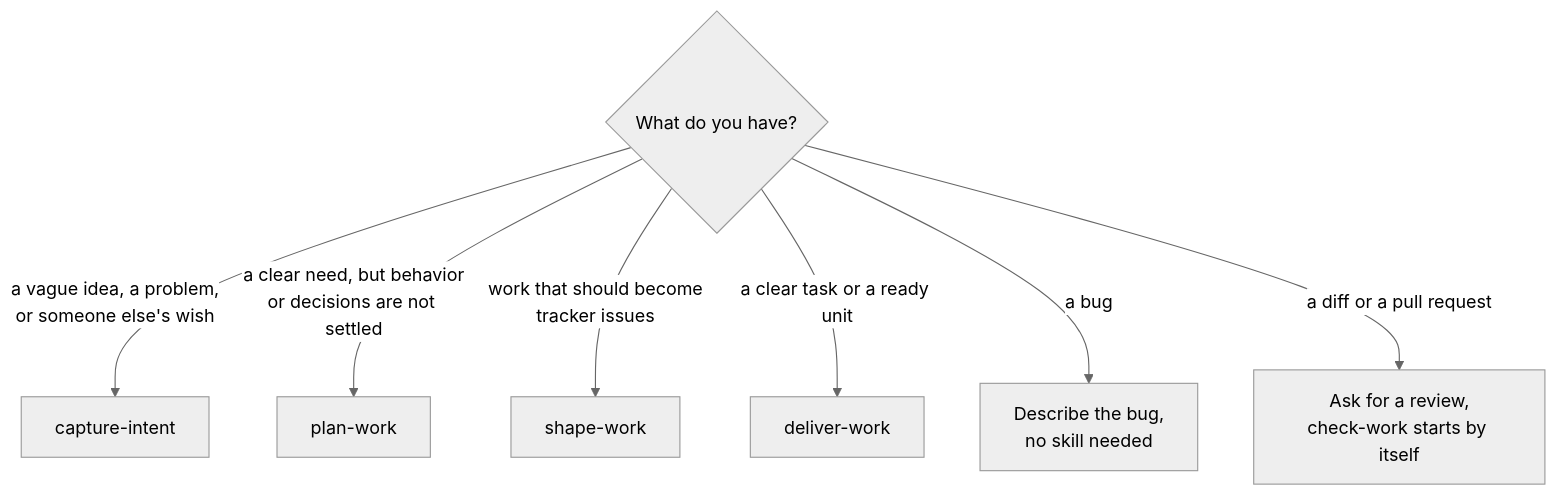
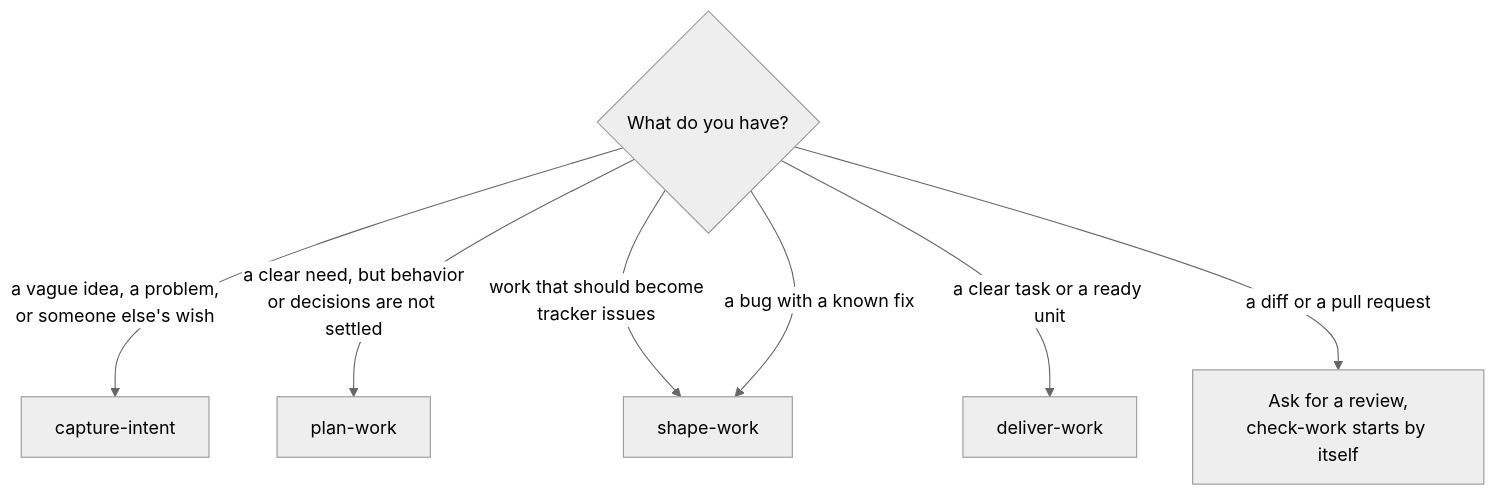
Before and after one commit to sockulags/agent-os: the diagram in docs-site/guide/where-to-start.md, drawn with Mermaid (neutral theme). The commit also changed other lines of this file and 26 other files, not shown here.

````diff
--- a/docs-site/guide/where-to-start.md
+++ b/docs-site/guide/where-to-start.md
@@ -13,9 +13,9 @@
 ```mermaid
 flowchart TD
     A{"What do you have?"} -->|"a vague idea, a problem,<br>or someone else's wish"| B["capture-intent"]
     A -->|"a clear need, but behavior<br>or decisions are not settled"| C["plan-work"]
     A -->|"work that should become<br>tracker issues"| D["shape-work"]
     A -->|"a clear task or a ready unit"| E["deliver-work"]
-    A -->|"a bug"| F["Describe the bug,<br>no skill needed"]
+    A -->|"a bug with a known fix"| D
     A -->|"a diff or a pull request"| G["Ask for a review,<br>check-work starts by itself"]
 ```
````
